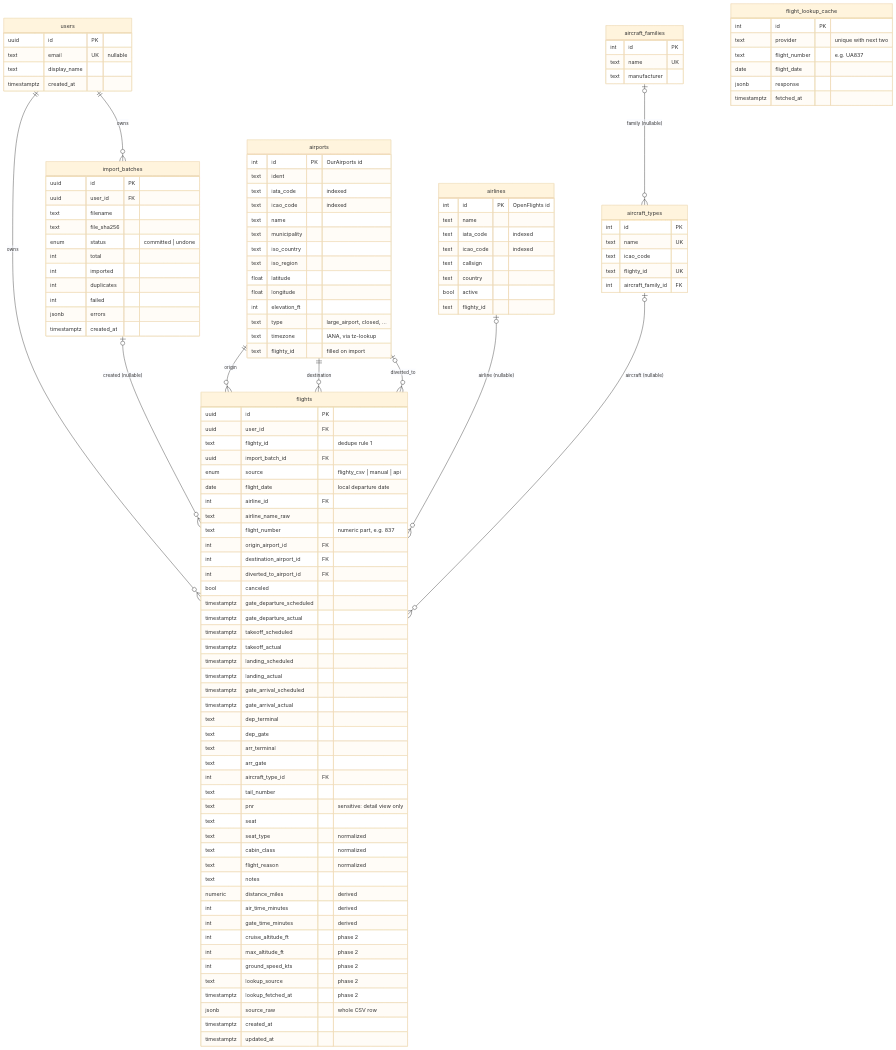
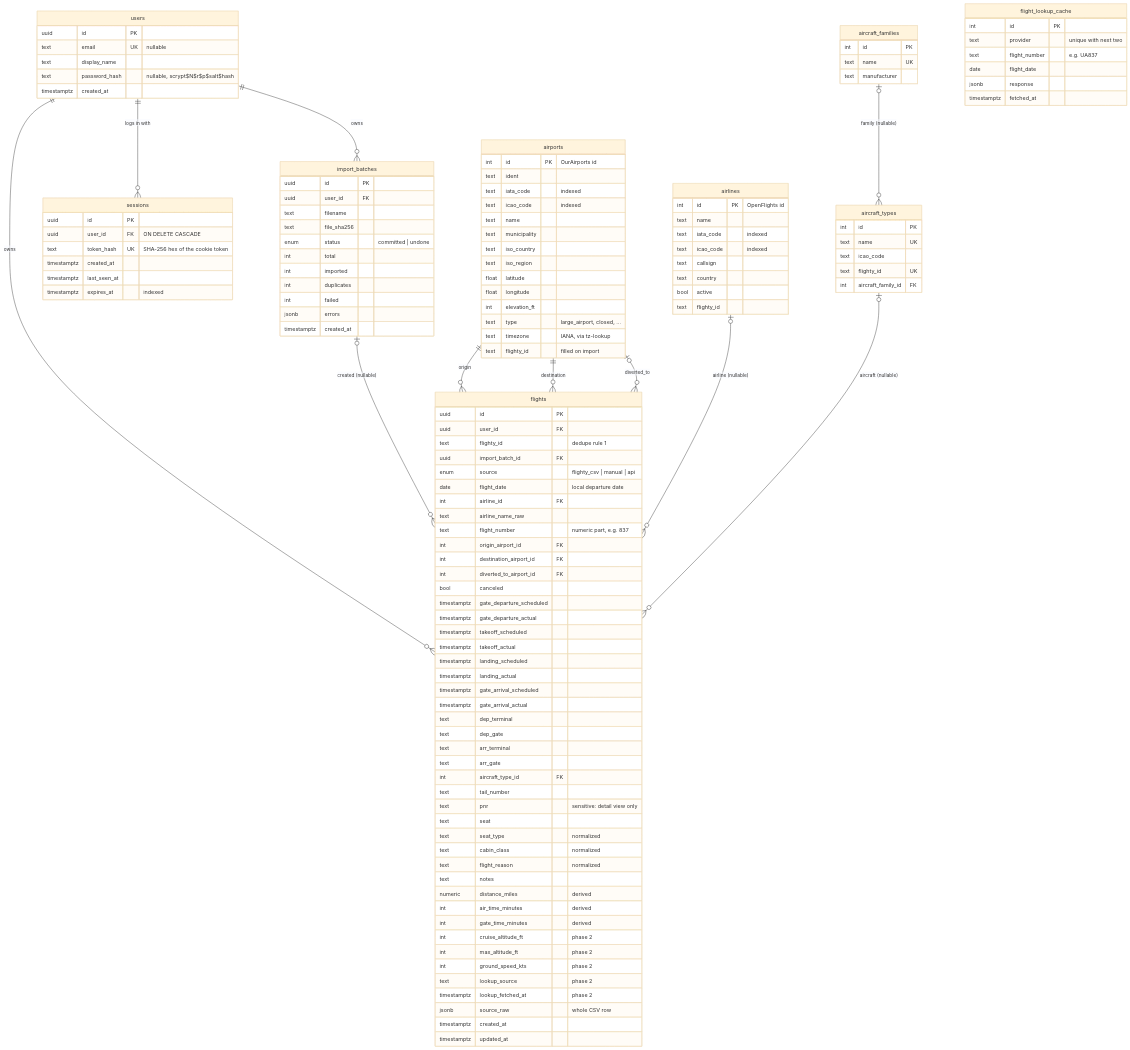
One commit to wyattmunson/flight-log changed the diagram in docs/data-model.md. Above: the diagram before and after it, drawn with Mermaid (base theme). The commit also changed other lines of this file and 4 other files, not shown here.

Commit message:
feat(api): add users.password_hash and sessions table

```diff
--- a/docs/data-model.md
+++ b/docs/data-model.md
@@ -7,6 +7,7 @@
 erDiagram
   users ||--o{ flights : owns
   users ||--o{ import_batches : owns
+  users ||--o{ sessions : "logs in with"
   import_batches |o--o{ flights : "created (nullable)"
   airports ||--o{ flights : "origin"
   airports ||--o{ flights : "destination"
@@ -19,7 +20,16 @@
     uuid id PK
     text email UK "nullable"
     text display_name
+    text password_hash "nullable, scrypt$N$r$p$salt$hash"
     timestamptz created_at
+  }
+  sessions {
+    uuid id PK
+    uuid user_id FK "ON DELETE CASCADE"
+    text token_hash UK "SHA-256 hex of the cookie token"
+    timestamptz created_at
+    timestamptz last_seen_at
+    timestamptz expires_at "indexed"
   }
   airports {
     int id PK "OurAirports id"
```
